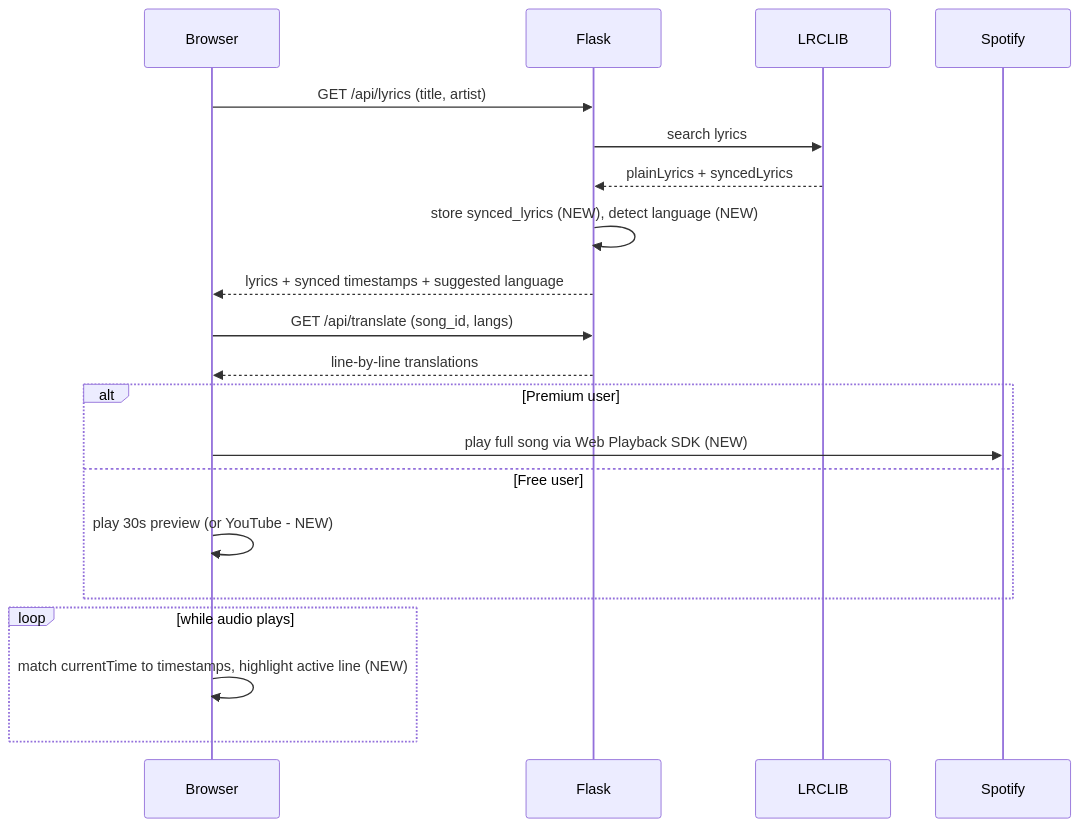
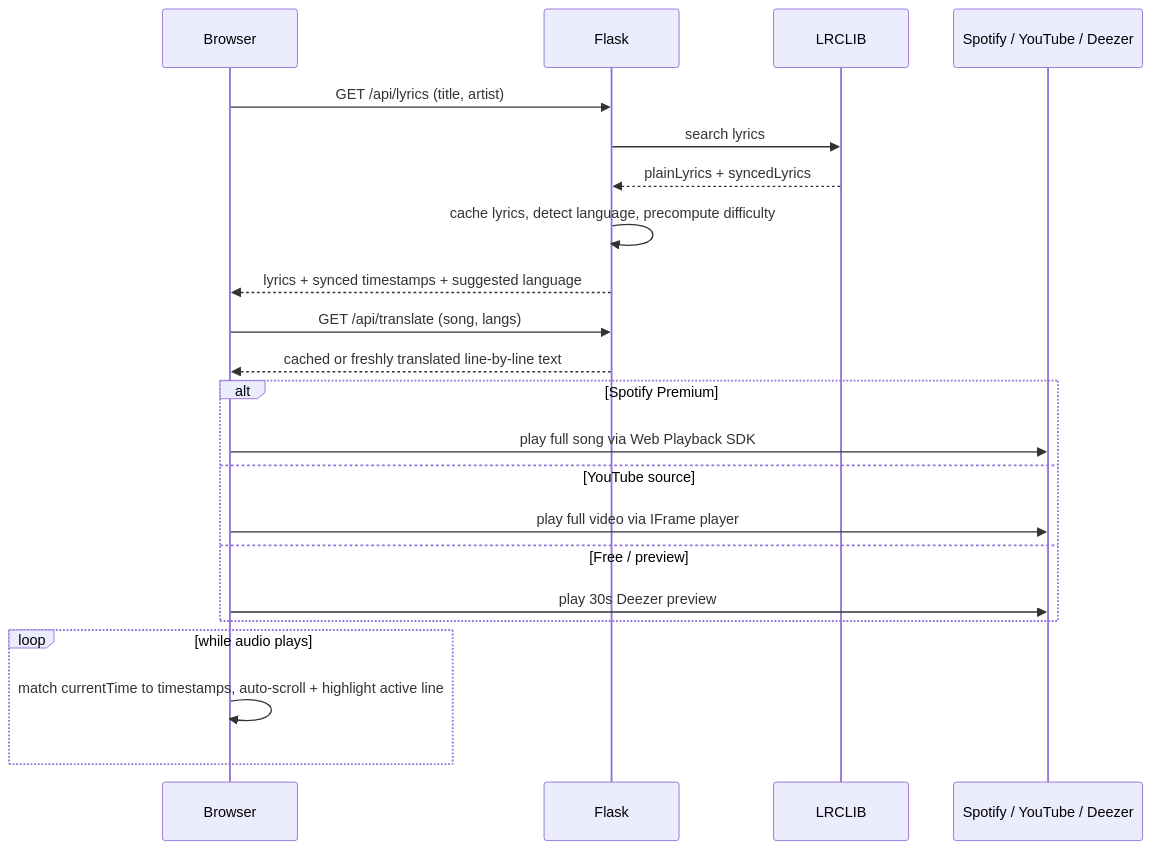
Before and after one commit to ishraqb/Linguify: the third of 5 diagrams in docs/ARCHITECTURE.md, drawn with Mermaid. The commit also changed other lines of this file, not shown here.

First line of the commit message:
Update architecture doc to match current backend

````diff
--- a/docs/ARCHITECTURE.md
+++ b/docs/ARCHITECTURE.md
@@ -134,26 +186,28 @@
 ```mermaid
 sequenceDiagram
     participant User as Browser
     participant Flask
     participant LRCLIB
-    participant Spotify
+    participant Player as Spotify / YouTube / Deezer
 
     User->>Flask: GET /api/lyrics (title, artist)
     Flask->>LRCLIB: search lyrics
     LRCLIB-->>Flask: plainLyrics + syncedLyrics
-    Flask->>Flask: store synced_lyrics (NEW), detect language (NEW)
+    Flask->>Flask: cache lyrics, detect language, precompute difficulty
     Flask-->>User: lyrics + synced timestamps + suggested language
 
-    User->>Flask: GET /api/translate (song_id, langs)
-    Flask-->>User: line-by-line translations
+    User->>Flask: GET /api/translate (song, langs)
+    Flask-->>User: cached or freshly translated line-by-line text
 
-    alt Premium user
-        User->>Spotify: play full song via Web Playback SDK (NEW)
-    else Free user
-        User->>User: play 30s preview (or YouTube - NEW)
+    alt Spotify Premium
+        User->>Player: play full song via Web Playback SDK
+    else YouTube source
+        User->>Player: play full video via IFrame player
+    else Free / preview
+        User->>Player: play 30s Deezer preview
     end
 
     loop while audio plays
-        User->>User: match currentTime to timestamps, highlight active line (NEW)
+        User->>User: match currentTime to timestamps, auto-scroll + highlight active line
     end
 ```
````
